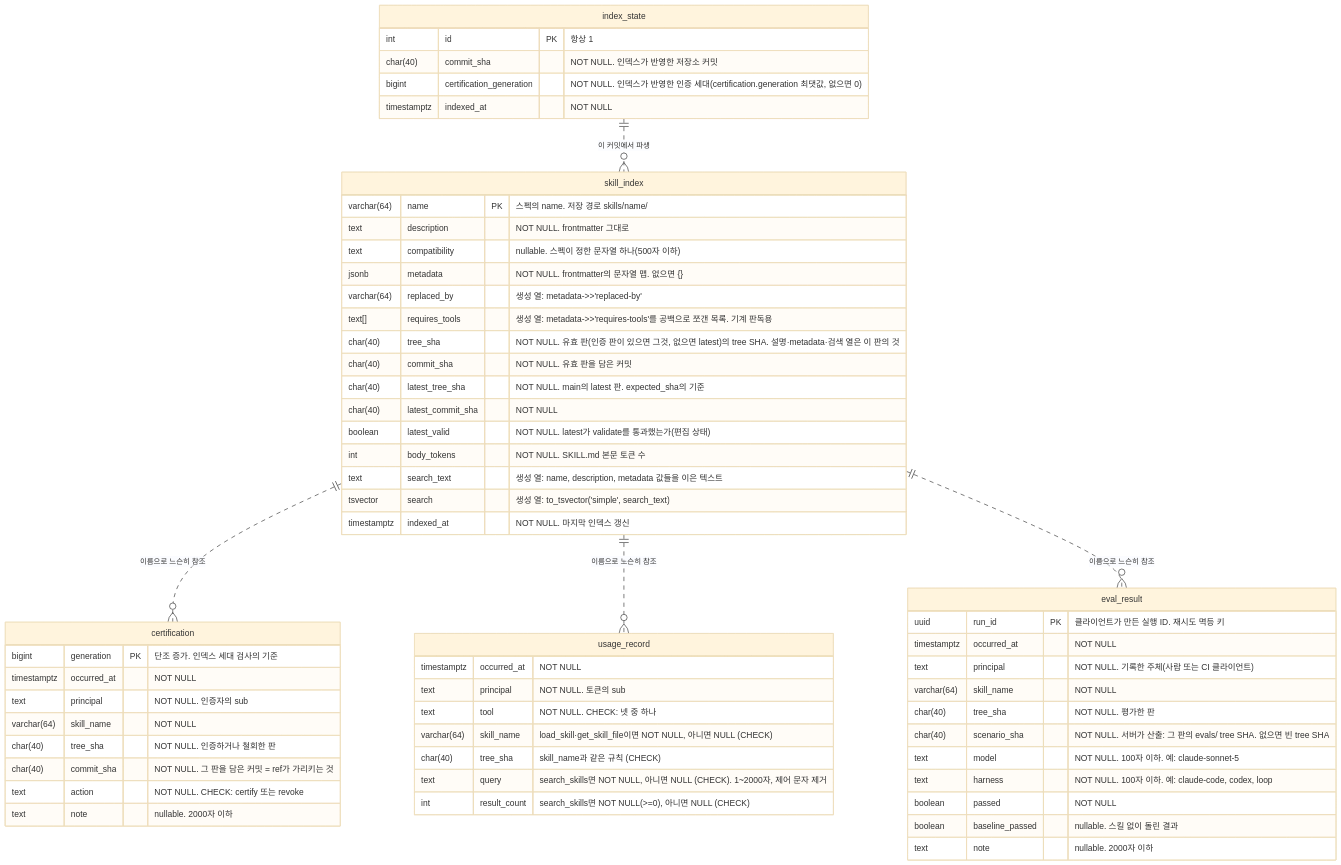
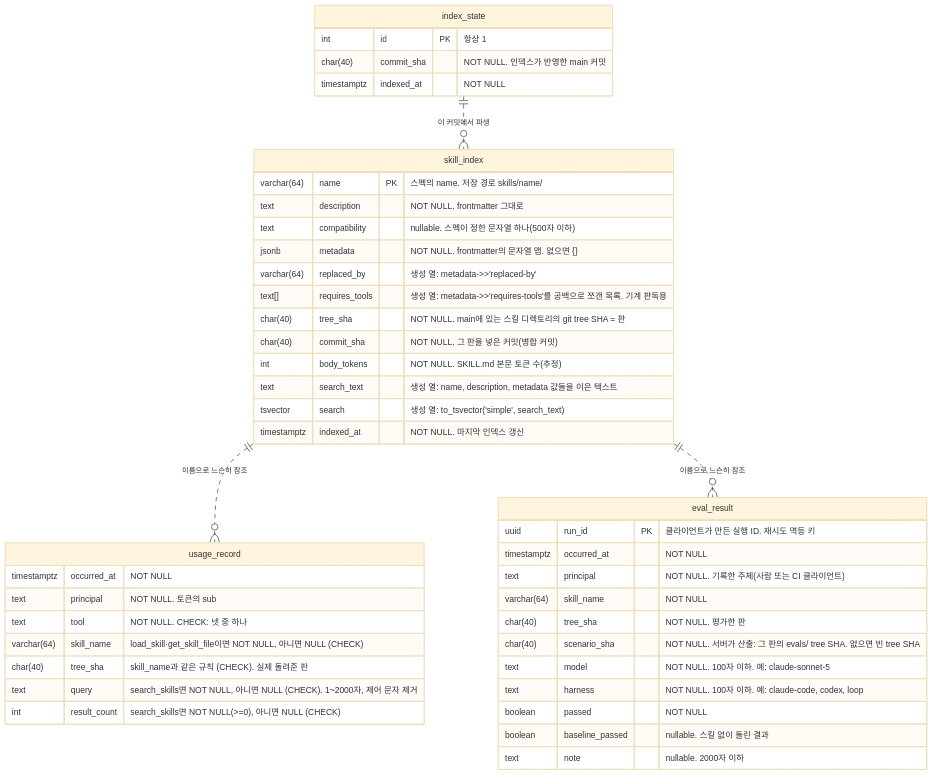
Before and after one commit to alteralab/harness-catalog: the third of 4 diagrams in DESIGN.md, drawn with Mermaid (base theme). The commit also changed other lines of this file and 5 other files, not shown here.

````diff
--- a/DESIGN.md
+++ b/DESIGN.md
@@ -217,62 +216,47 @@
 ```mermaid
 erDiagram
     skill_index {
         varchar(64) name PK "스펙의 name. 저장 경로 skills/name/"
         text description "NOT NULL. frontmatter 그대로"
         text compatibility "nullable. 스펙이 정한 문자열 하나(500자 이하)"
         jsonb metadata "NOT NULL. frontmatter의 문자열 맵. 없으면 {}"
         varchar(64) replaced_by "생성 열: metadata->>'replaced-by'"
         text[] requires_tools "생성 열: metadata->>'requires-tools'를 공백으로 쪼갠 목록. 기계 판독용"
-        char(40) tree_sha "NOT NULL. 유효 판(인증 판이 있으면 그것, 없으면 latest)의 tree SHA. 설명·metadata·검색 열은 이 판의 것"
-        char(40) commit_sha "NOT NULL. 유효 판을 담은 커밋"
-        char(40) latest_tree_sha "NOT NULL. main의 latest 판. expected_sha의 기준"
-        char(40) latest_commit_sha "NOT NULL"
-        boolean latest_valid "NOT NULL. latest가 validate를 통과했는가(편집 상태)"
-        int body_tokens "NOT NULL. SKILL.md 본문 토큰 수"
+        char(40) tree_sha "NOT NULL. main에 있는 스킬 디렉토리의 git tree SHA = 판"
+        char(40) commit_sha "NOT NULL. 그 판을 넣은 커밋(병합 커밋)"
+        int body_tokens "NOT NULL. SKILL.md 본문 토큰 수(추정)"
         text search_text "생성 열: name, description, metadata 값들을 이은 텍스트"
         tsvector search "생성 열: to_tsvector('simple', search_text)"
         timestamptz indexed_at "NOT NULL. 마지막 인덱스 갱신"
     }
     usage_record {
         timestamptz occurred_at "NOT NULL"
         text principal "NOT NULL. 토큰의 sub"
         text tool "NOT NULL. CHECK: 넷 중 하나"
         varchar(64) skill_name "load_skill·get_skill_file이면 NOT NULL, 아니면 NULL (CHECK)"
-        char(40) tree_sha "skill_name과 같은 규칙 (CHECK)"
+        char(40) tree_sha "skill_name과 같은 규칙 (CHECK). 실제 돌려준 판"
         text query "search_skills면 NOT NULL, 아니면 NULL (CHECK). 1~2000자, 제어 문자 제거"
         int result_count "search_skills면 NOT NULL(>=0), 아니면 NULL (CHECK)"
     }
     index_state {
         int id PK "항상 1"
-        char(40) commit_sha "NOT NULL. 인덱스가 반영한 저장소 커밋"
-        bigint certification_generation "NOT NULL. 인덱스가 반영한 인증 세대(certification.generation 최댓값, 없으면 0)"
+        char(40) commit_sha "NOT NULL. 인덱스가 반영한 main 커밋"
         timestamptz indexed_at "NOT NULL"
     }
     eval_result {
         uuid run_id PK "클라이언트가 만든 실행 ID. 재시도 멱등 키"
         timestamptz occurred_at "NOT NULL"
         text principal "NOT NULL. 기록한 주체(사람 또는 CI 클라이언트)"
         varchar(64) skill_name "NOT NULL"
         char(40) tree_sha "NOT NULL. 평가한 판"
         char(40) scenario_sha "NOT NULL. 서버가 산출: 그 판의 evals/ tree SHA. 없으면 빈 tree SHA"
         text model "NOT NULL. 100자 이하. 예: claude-sonnet-5"
         text harness "NOT NULL. 100자 이하. 예: claude-code, codex, loop"
         boolean passed "NOT NULL"
         boolean baseline_passed "nullable. 스킬 없이 돌린 결과"
         text note "nullable. 2000자 이하"
     }
-    certification {
-        bigint generation PK "단조 증가. 인덱스 세대 검사의 기준"
-        timestamptz occurred_at "NOT NULL"
-        text principal "NOT NULL. 인증자의 sub"
-        varchar(64) skill_name "NOT NULL"
-        char(40) tree_sha "NOT NULL. 인증하거나 철회한 판"
-        char(40) commit_sha "NOT NULL. 그 판을 담은 커밋 = ref가 가리키는 것"
-        text action "NOT NULL. CHECK: certify 또는 revoke"
-        text note "nullable. 2000자 이하"
-    }
-    skill_index ||..o{ certification : "이름으로 느슨히 참조"
     skill_index ||..o{ usage_record : "이름으로 느슨히 참조"
     skill_index ||..o{ eval_result : "이름으로 느슨히 참조"
     index_state ||..o{ skill_index : "이 커밋에서 파생"
 ```
````
